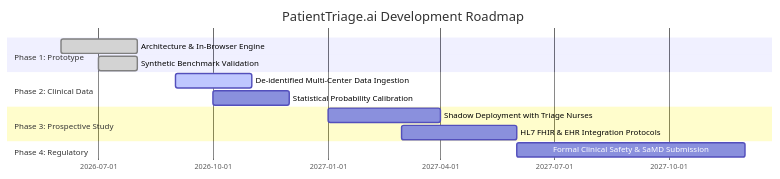
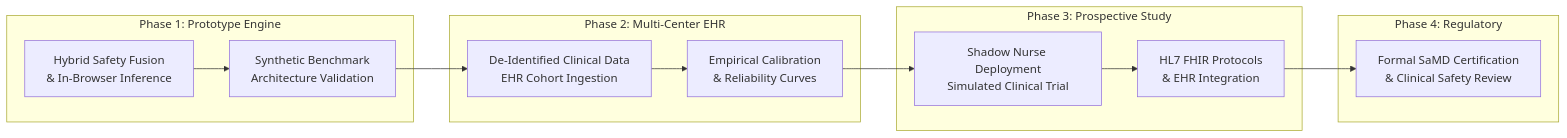
The fourth of 4 diagrams in docs/PatientTriage_Submission.md (sahilsheoran999/patient_triage), drawn with Mermaid before and after one commit. The commit also changed other lines of this file and 2 other files, not shown here.

Commit message:
docs: finalize competition submission

````diff
--- a/docs/PatientTriage_Submission.md
+++ b/docs/PatientTriage_Submission.md
@@ -571,16 +608,19 @@
 ```mermaid
-gantt
-    title PatientTriage.ai Development Roadmap
-    dateFormat  YYYY-MM
-    section Phase 1: Prototype
-    Architecture & In-Browser Engine     :done, 2026-06, 2026-08
-    Synthetic Benchmark Validation       :done, 2026-07, 2026-08
-    section Phase 2: Clinical Data
-    De-identified Multi-Center Data Ingestion :active, 2026-09, 2026-11
-    Statistical Probability Calibration       :2026-10, 2026-12
-    section Phase 3: Prospective Study
-    Shadow Deployment with Triage Nurses      :2027-01, 2027-04
-    HL7 FHIR & EHR Integration Protocols      :2027-03, 2027-06
-    section Phase 4: Regulatory
-    Formal Clinical Safety & SaMD Submission  :2027-06, 2027-12
+graph LR
+    subgraph Phase 1: Prototype Engine
+        P1A[Hybrid Safety Fusion<br>& In-Browser Inference] --> P1B[Synthetic Benchmark<br>Architecture Validation]
+    end
+    subgraph Phase 2: Multi-Center EHR
+        P2A[De-Identified Clinical Data<br>EHR Cohort Ingestion] --> P2B[Empirical Calibration<br>& Reliability Curves]
+    end
+    subgraph Phase 3: Prospective Study
+        P3A[Shadow Nurse Deployment<br>Simulated Clinical Trial] --> P3B[HL7 FHIR Protocols<br>& EHR Integration]
+    end
+    subgraph Phase 4: Regulatory
+        P4A[Formal SaMD Certification<br>& Clinical Safety Review]
+    end
+
+    P1B --> P2A
+    P2B --> P3A
+    P3B --> P4A
 ```
````
